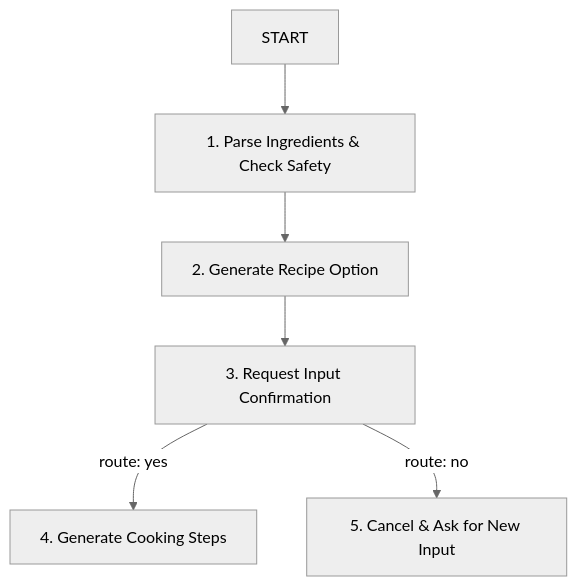
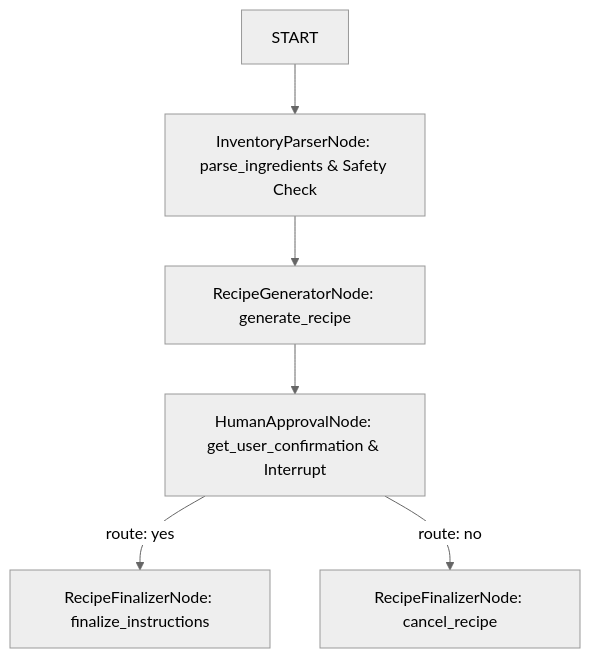
One commit to renu-kg/chef-agent changed the diagram in README.md. Above: the diagram before and after it, drawn with Mermaid (neutral theme). The commit also changed other lines of this file, not shown here.

````diff
--- a/README.md
+++ b/README.md
@@ -25,8 +42,8 @@
 ```mermaid
 graph TD
-    START --> parse_ingredients[1. Parse Ingredients & Check Safety]
-    parse_ingredients --> generate_recipe[2. Generate Recipe Option]
-    generate_recipe --> get_user_confirmation[3. Request Input Confirmation]
-    get_user_confirmation -- "route: yes" --> finalize_instructions[4. Generate Cooking Steps]
-    get_user_confirmation -- "route: no" --> cancel_recipe[5. Cancel & Ask for New Input]
+    START --> parse_ingredients[InventoryParserNode: parse_ingredients & Safety Check]
+    parse_ingredients --> generate_recipe[RecipeGeneratorNode: generate_recipe]
+    generate_recipe --> get_user_confirmation[HumanApprovalNode: get_user_confirmation & Interrupt]
+    get_user_confirmation -- "route: yes" --> finalize_instructions[RecipeFinalizerNode: finalize_instructions]
+    get_user_confirmation -- "route: no" --> cancel_recipe[RecipeFinalizerNode: cancel_recipe]
 ```
````
